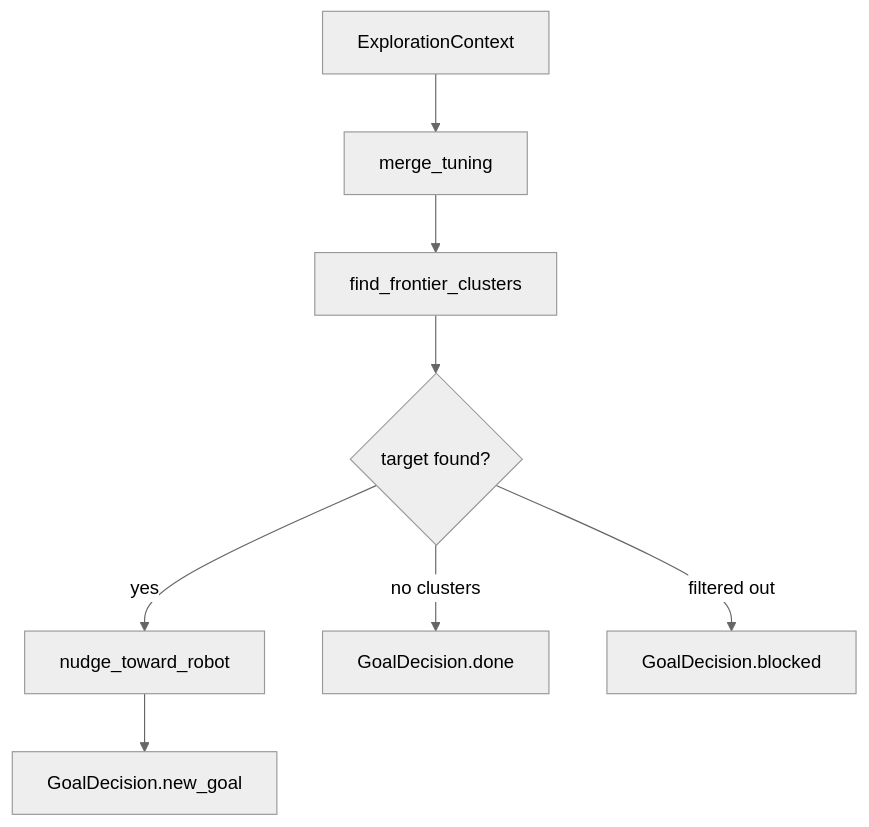
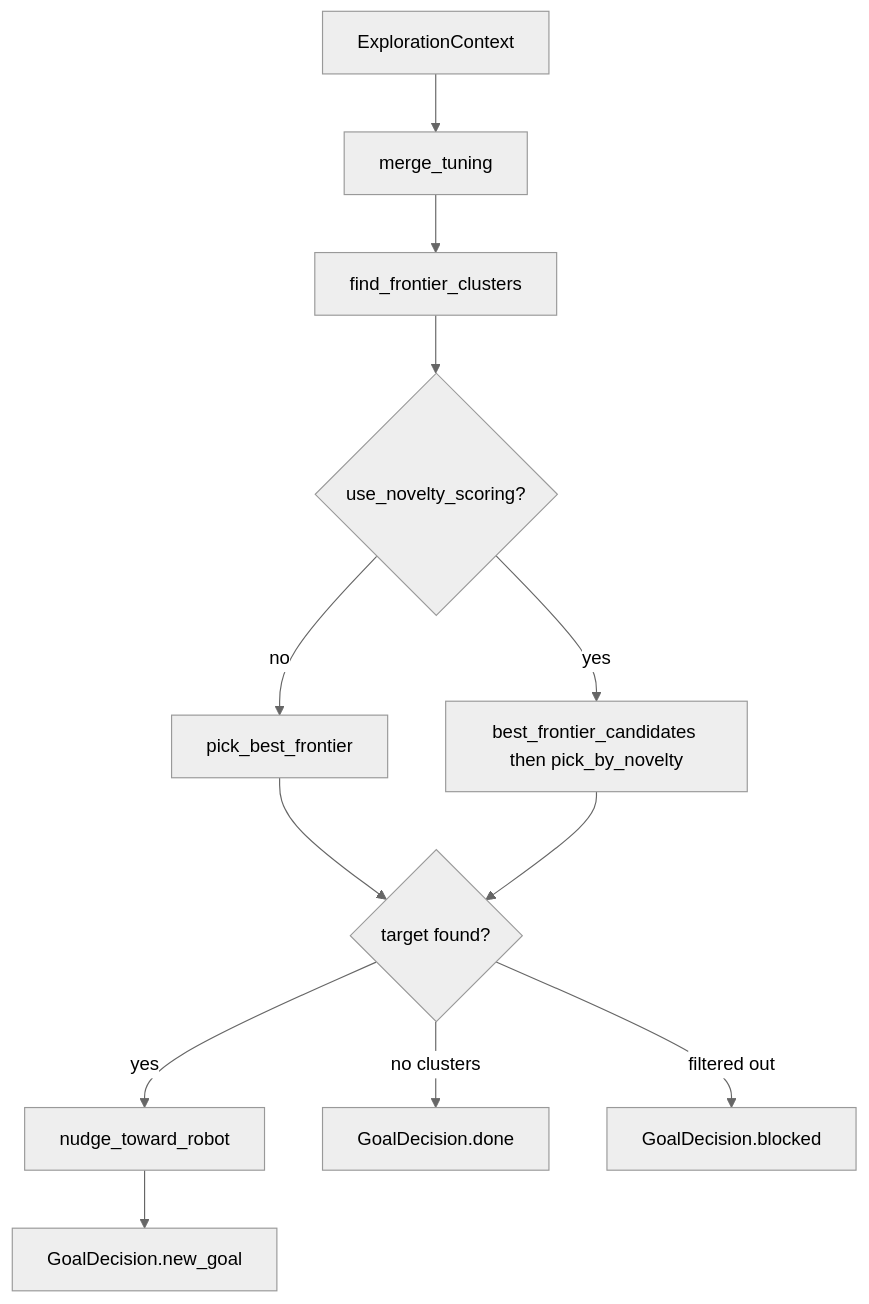
One commit to Boston-Robot-Hackers/dome_nav changed the diagram in 01-literate/08-frontier_algorithm.md. Above: the diagram before and after it, drawn with Mermaid (neutral theme). The commit also changed other lines of this file and 28 other files, not shown here.

First line of the commit message:
feat(explore): F15 novelty scoring, F24 drop periodic save, F25 mini config

````diff
--- a/01-literate/08-frontier_algorithm.md
+++ b/01-literate/08-frontier_algorithm.md
@@ -144,10 +179,14 @@
 ```mermaid
 flowchart TD
     A[ExplorationContext] --> B[merge_tuning]
     B --> C[find_frontier_clusters]
-    C --> D{target found?}
+    C --> S{use_novelty_scoring?}
+    S -->|no| P[pick_best_frontier]
+    S -->|yes| N[best_frontier_candidates then pick_by_novelty]
+    P --> D{target found?}
+    N --> D
     D -->|yes| E[nudge_toward_robot]
     E --> F[GoalDecision.new_goal]
     D -->|no clusters| G[GoalDecision.done]
     D -->|filtered out| H[GoalDecision.blocked]
 ```
````
